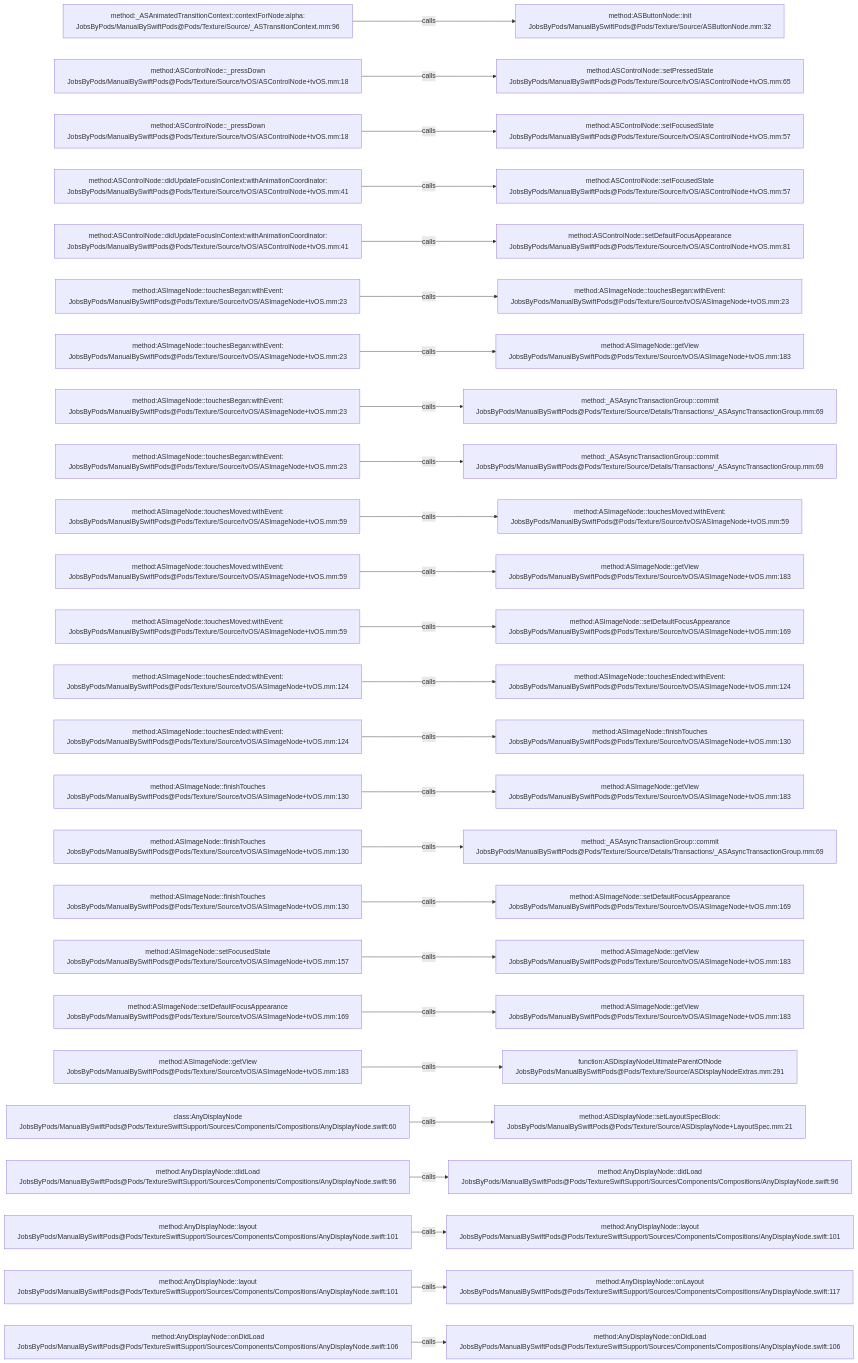
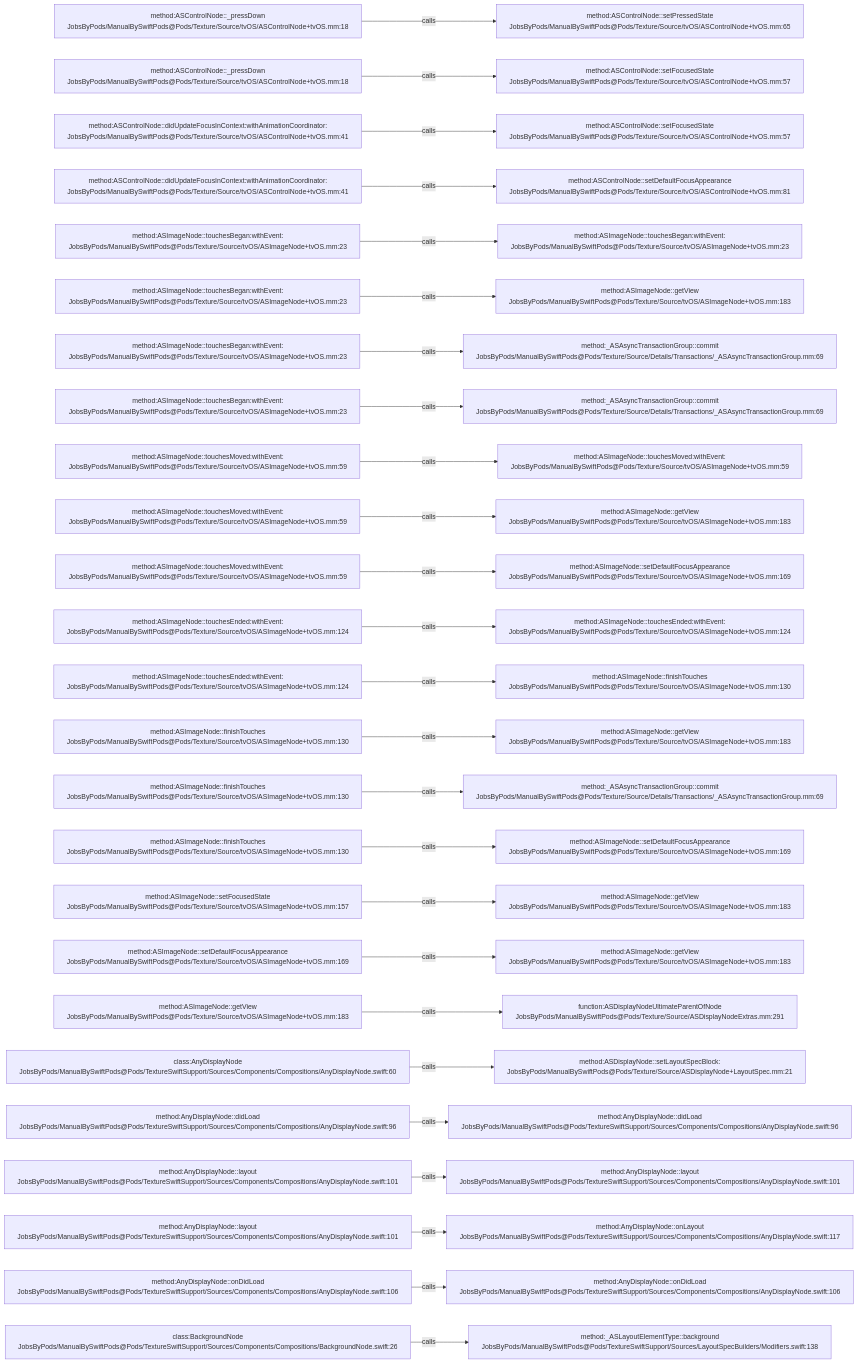
One commit to JobsKits/JobsSwiftBaseConfigDemo changed the diagram in .codegraph/codegraph.md/graphs/calls-152.md. Above: the diagram before and after it, drawn with Mermaid. The commit also changed 747 other files, not shown here.

````diff
--- a/.codegraph/codegraph.md/graphs/calls-152.md
+++ b/.codegraph/codegraph.md/graphs/calls-152.md
@@ -13,78 +13,78 @@
 ```mermaid
 flowchart LR
-  S1["method:_ASAnimatedTransitionContext::contextForNode:alpha:<br/>JobsByPods/ManualBySwiftPods@Pods/Texture/Source/_ASTransitionContext.mm:96"]
-  T1["method:ASButtonNode::init<br/>JobsByPods/ManualBySwiftPods@Pods/Texture/Source/ASButtonNode.mm:32"]
+  S1["method:ASControlNode::_pressDown<br/>JobsByPods/ManualBySwiftPods@Pods/Texture/Source/tvOS/ASControlNode+tvOS.mm:18"]
+  T1["method:ASControlNode::setPressedState<br/>JobsByPods/ManualBySwiftPods@Pods/Texture/Source/tvOS/ASControlNode+tvOS.mm:65"]
   S1 -->|calls| T1
   S2["method:ASControlNode::_pressDown<br/>JobsByPods/ManualBySwiftPods@Pods/Texture/Source/tvOS/ASControlNode+tvOS.mm:18"]
-  T2["method:ASControlNode::setPressedState<br/>JobsByPods/ManualBySwiftPods@Pods/Texture/Source/tvOS/ASControlNode+tvOS.mm:65"]
+  T2["method:ASControlNode::setFocusedState<br/>JobsByPods/ManualBySwiftPods@Pods/Texture/Source/tvOS/ASControlNode+tvOS.mm:57"]
   S2 -->|calls| T2
-  S3["method:ASControlNode::_pressDown<br/>JobsByPods/ManualBySwiftPods@Pods/Texture/Source/tvOS/ASControlNode+tvOS.mm:18"]
+  S3["method:ASControlNode::didUpdateFocusInContext:withAnimationCoordinator:<br/>JobsByPods/ManualBySwiftPods@Pods/Texture/Source/tvOS/ASControlNode+tvOS.mm:41"]
   T3["method:ASControlNode::setFocusedState<br/>JobsByPods/ManualBySwiftPods@Pods/Texture/Source/tvOS/ASControlNode+tvOS.mm:57"]
   S3 -->|calls| T3
   S4["method:ASControlNode::didUpdateFocusInContext:withAnimationCoordinator:<br/>JobsByPods/ManualBySwiftPods@Pods/Texture/Source/tvOS/ASControlNode+tvOS.mm:41"]
-  T4["method:ASControlNode::setFocusedState<br/>JobsByPods/ManualBySwiftPods@Pods/Texture/Source/tvOS/ASControlNode+tvOS.mm:57"]
+  T4["method:ASControlNode::setDefaultFocusAppearance<br/>JobsByPods/ManualBySwiftPods@Pods/Texture/Source/tvOS/ASControlNode+tvOS.mm:81"]
   S4 -->|calls| T4
-  S5["method:ASControlNode::didUpdateFocusInContext:withAnimationCoordinator:<br/>JobsByPods/ManualBySwiftPods@Pods/Texture/Source/tvOS/ASControlNode+tvOS.mm:41"]
-  T5["method:ASControlNode::setDefaultFocusAppearance<br/>JobsByPods/ManualBySwiftPods@Pods/Texture/Source/tvOS/ASControlNode+tvOS.mm:81"]
+  S5["method:ASImageNode::touchesBegan:withEvent:<br/>JobsByPods/ManualBySwiftPods@Pods/Texture/Source/tvOS/ASImageNode+tvOS.mm:23"]
+  T5["method:ASImageNode::touchesBegan:withEvent:<br/>JobsByPods/ManualBySwiftPods@Pods/Texture/Source/tvOS/ASImageNode+tvOS.mm:23"]
   S5 -->|calls| T5
   S6["method:ASImageNode::touchesBegan:withEvent:<br/>JobsByPods/ManualBySwiftPods@Pods/Texture/Source/tvOS/ASImageNode+tvOS.mm:23"]
-  T6["method:ASImageNode::touchesBegan:withEvent:<br/>JobsByPods/ManualBySwiftPods@Pods/Texture/Source/tvOS/ASImageNode+tvOS.mm:23"]
+  T6["method:ASImageNode::getView<br/>JobsByPods/ManualBySwiftPods@Pods/Texture/Source/tvOS/ASImageNode+tvOS.mm:183"]
   S6 -->|calls| T6
   S7["method:ASImageNode::touchesBegan:withEvent:<br/>JobsByPods/ManualBySwiftPods@Pods/Texture/Source/tvOS/ASImageNode+tvOS.mm:23"]
-  T7["method:ASImageNode::getView<br/>JobsByPods/ManualBySwiftPods@Pods/Texture/Source/tvOS/ASImageNode+tvOS.mm:183"]
+  T7["method:_ASAsyncTransactionGroup::commit<br/>JobsByPods/ManualBySwiftPods@Pods/Texture/Source/Details/Transactions/_ASAsyncTransactionGroup.mm:69"]
   S7 -->|calls| T7
   S8["method:ASImageNode::touchesBegan:withEvent:<br/>JobsByPods/ManualBySwiftPods@Pods/Texture/Source/tvOS/ASImageNode+tvOS.mm:23"]
   T8["method:_ASAsyncTransactionGroup::commit<br/>JobsByPods/ManualBySwiftPods@Pods/Texture/Source/Details/Transactions/_ASAsyncTransactionGroup.mm:69"]
   S8 -->|calls| T8
-  S9["method:ASImageNode::touchesBegan:withEvent:<br/>JobsByPods/ManualBySwiftPods@Pods/Texture/Source/tvOS/ASImageNode+tvOS.mm:23"]
-  T9["method:_ASAsyncTransactionGroup::commit<br/>JobsByPods/ManualBySwiftPods@Pods/Texture/Source/Details/Transactions/_ASAsyncTransactionGroup.mm:69"]
+  S9["method:ASImageNode::touchesMoved:withEvent:<br/>JobsByPods/ManualBySwiftPods@Pods/Texture/Source/tvOS/ASImageNode+tvOS.mm:59"]
+  T9["method:ASImageNode::touchesMoved:withEvent:<br/>JobsByPods/ManualBySwiftPods@Pods/Texture/Source/tvOS/ASImageNode+tvOS.mm:59"]
   S9 -->|calls| T9
   S10["method:ASImageNode::touchesMoved:withEvent:<br/>JobsByPods/ManualBySwiftPods@Pods/Texture/Source/tvOS/ASImageNode+tvOS.mm:59"]
-  T10["method:ASImageNode::touchesMoved:withEvent:<br/>JobsByPods/ManualBySwiftPods@Pods/Texture/Source/tvOS/ASImageNode+tvOS.mm:59"]
+  T10["method:ASImageNode::getView<br/>JobsByPods/ManualBySwiftPods@Pods/Texture/Source/tvOS/ASImageNode+tvOS.mm:183"]
   S10 -->|calls| T10
   S11["method:ASImageNode::touchesMoved:withEvent:<br/>JobsByPods/ManualBySwiftPods@Pods/Texture/Source/tvOS/ASImageNode+tvOS.mm:59"]
-  T11["method:ASImageNode::getView<br/>JobsByPods/ManualBySwiftPods@Pods/Texture/Source/tvOS/ASImageNode+tvOS.mm:183"]
+  T11["method:ASImageNode::setDefaultFocusAppearance<br/>JobsByPods/ManualBySwiftPods@Pods/Texture/Source/tvOS/ASImageNode+tvOS.mm:169"]
   S11 -->|calls| T11
-  S12["method:ASImageNode::touchesMoved:withEvent:<br/>JobsByPods/ManualBySwiftPods@Pods/Texture/Source/tvOS/ASImageNode+tvOS.mm:59"]
-  T12["method:ASImageNode::setDefaultFocusAppearance<br/>JobsByPods/ManualBySwiftPods@Pods/Texture/Source/tvOS/ASImageNode+tvOS.mm:169"]
+  S12["method:ASImageNode::touchesEnded:withEvent:<br/>JobsByPods/ManualBySwiftPods@Pods/Texture/Source/tvOS/ASImageNode+tvOS.mm:124"]
+  T12["method:ASImageNode::touchesEnded:withEvent:<br/>JobsByPods/ManualBySwiftPods@Pods/Texture/Source/tvOS/ASImageNode+tvOS.mm:124"]
   S12 -->|calls| T12
   S13["method:ASImageNode::touchesEnded:withEvent:<br/>JobsByPods/ManualBySwiftPods@Pods/Texture/Source/tvOS/ASImageNode+tvOS.mm:124"]
-  T13["method:ASImageNode::touchesEnded:withEvent:<br/>JobsByPods/ManualBySwiftPods@Pods/Texture/Source/tvOS/ASImageNode+tvOS.mm:124"]
+  T13["method:ASImageNode::finishTouches<br/>JobsByPods/ManualBySwiftPods@Pods/Texture/Source/tvOS/ASImageNode+tvOS.mm:130"]
   S13 -->|calls| T13
-  S14["method:ASImageNode::touchesEnded:withEvent:<br/>JobsByPods/ManualBySwiftPods@Pods/Texture/Source/tvOS/ASImageNode+tvOS.mm:124"]
-  T14["method:ASImageNode::finishTouches<br/>JobsByPods/ManualBySwiftPods@Pods/Texture/Source/tvOS/ASImageNode+tvOS.mm:130"]
+  S14["method:ASImageNode::finishTouches<br/>JobsByPods/ManualBySwiftPods@Pods/Texture/Source/tvOS/ASImageNode+tvOS.mm:130"]
+  T14["method:ASImageNode::getView<br/>JobsByPods/ManualBySwiftPods@Pods/Texture/Source/tvOS/ASImageNode+tvOS.mm:183"]
   S14 -->|calls| T14
   S15["method:ASImageNode::finishTouches<br/>JobsByPods/ManualBySwiftPods@Pods/Texture/Source/tvOS/ASImageNode+tvOS.mm:130"]
-  T15["method:ASImageNode::getView<br/>JobsByPods/ManualBySwiftPods@Pods/Texture/Source/tvOS/ASImageNode+tvOS.mm:183"]
+  T15["method:_ASAsyncTransactionGroup::commit<br/>JobsByPods/ManualBySwiftPods@Pods/Texture/Source/Details/Transactions/_ASAsyncTransactionGroup.mm:69"]
   S15 -->|calls| T15
   S16["method:ASImageNode::finishTouches<br/>JobsByPods/ManualBySwiftPods@Pods/Texture/Source/tvOS/ASImageNode+tvOS.mm:130"]
-  T16["method:_ASAsyncTransactionGroup::commit<br/>JobsByPods/ManualBySwiftPods@Pods/Texture/Source/Details/Transactions/_ASAsyncTransactionGroup.mm:69"]
+  T16["method:ASImageNode::setDefaultFocusAppearance<br/>JobsByPods/ManualBySwiftPods@Pods/Texture/Source/tvOS/ASImageNode+tvOS.mm:169"]
   S16 -->|calls| T16
-  S17["method:ASImageNode::finishTouches<br/>JobsByPods/ManualBySwiftPods@Pods/Texture/Source/tvOS/ASImageNode+tvOS.mm:130"]
-  T17["method:ASImageNode::setDefaultFocusAppearance<br/>JobsByPods/ManualBySwiftPods@Pods/Texture/Source/tvOS/ASImageNode+tvOS.mm:169"]
+  S17["method:ASImageNode::setFocusedState<br/>JobsByPods/ManualBySwiftPods@Pods/Texture/Source/tvOS/ASImageNode+tvOS.mm:157"]
+  T17["method:ASImageNode::getView<br/>JobsByPods/ManualBySwiftPods@Pods/Texture/Source/tvOS/ASImageNode+tvOS.mm:183"]
   S17 -->|calls| T17
-  S18["method:ASImageNode::setFocusedState<br/>JobsByPods/ManualBySwiftPods@Pods/Texture/Source/tvOS/ASImageNode+tvOS.mm:157"]
+  S18["method:ASImageNode::setDefaultFocusAppearance<br/>JobsByPods/ManualBySwiftPods@Pods/Texture/Source/tvOS/ASImageNode+tvOS.mm:169"]
   T18["method:ASImageNode::getView<br/>JobsByPods/ManualBySwiftPods@Pods/Texture/Source/tvOS/ASImageNode+tvOS.mm:183"]
   S18 -->|calls| T18
-  S19["method:ASImageNode::setDefaultFocusAppearance<br/>JobsByPods/ManualBySwiftPods@Pods/Texture/Source/tvOS/ASImageNode+tvOS.mm:169"]
-  T19["method:ASImageNode::getView<br/>JobsByPods/ManualBySwiftPods@Pods/Texture/Source/tvOS/ASImageNode+tvOS.mm:183"]
+  S19["method:ASImageNode::getView<br/>JobsByPods/ManualBySwiftPods@Pods/Texture/Source/tvOS/ASImageNode+tvOS.mm:183"]
+  T19["function:ASDisplayNodeUltimateParentOfNode<br/>JobsByPods/ManualBySwiftPods@Pods/Texture/Source/ASDisplayNodeExtras.mm:291"]
   S19 -->|calls| T19
-  S20["method:ASImageNode::getView<br/>JobsByPods/ManualBySwiftPods@Pods/Texture/Source/tvOS/ASImageNode+tvOS.mm:183"]
-  T20["function:ASDisplayNodeUltimateParentOfNode<br/>JobsByPods/ManualBySwiftPods@Pods/Texture/Source/ASDisplayNodeExtras.mm:291"]
+  S20["class:AnyDisplayNode<br/>JobsByPods/ManualBySwiftPods@Pods/TextureSwiftSupport/Sources/Components/Compositions/AnyDisplayNode.swift:60"]
+  T20["method:ASDisplayNode::setLayoutSpecBlock:<br/>JobsByPods/ManualBySwiftPods@Pods/Texture/Source/ASDisplayNode+LayoutSpec.mm:21"]
   S20 -->|calls| T20
-  S21["class:AnyDisplayNode<br/>JobsByPods/ManualBySwiftPods@Pods/TextureSwiftSupport/Sources/Components/Compositions/AnyDisplayNode.swift:60"]
-  T21["method:ASDisplayNode::setLayoutSpecBlock:<br/>JobsByPods/ManualBySwiftPods@Pods/Texture/Source/ASDisplayNode+LayoutSpec.mm:21"]
+  S21["method:AnyDisplayNode::didLoad<br/>JobsByPods/ManualBySwiftPods@Pods/TextureSwiftSupport/Sources/Components/Compositions/AnyDisplayNode.swift:96"]
+  T21["method:AnyDisplayNode::didLoad<br/>JobsByPods/ManualBySwiftPods@Pods/TextureSwiftSupport/Sources/Components/Compositions/AnyDisplayNode.swift:96"]
   S21 -->|calls| T21
-  S22["method:AnyDisplayNode::didLoad<br/>JobsByPods/ManualBySwiftPods@Pods/TextureSwiftSupport/Sources/Components/Compositions/AnyDisplayNode.swift:96"]
-  T22["method:AnyDisplayNode::didLoad<br/>JobsByPods/ManualBySwiftPods@Pods/TextureSwiftSupport/Sources/Components/Compositions/AnyDisplayNode.swift:96"]
+  S22["method:AnyDisplayNode::layout<br/>JobsByPods/ManualBySwiftPods@Pods/TextureSwiftSupport/Sources/Components/Compositions/AnyDisplayNode.swift:101"]
+  T22["method:AnyDisplayNode::layout<br/>JobsByPods/ManualBySwiftPods@Pods/TextureSwiftSupport/Sources/Components/Compositions/AnyDisplayNode.swift:101"]
   S22 -->|calls| T22
   S23["method:AnyDisplayNode::layout<br/>JobsByPods/ManualBySwiftPods@Pods/TextureSwiftSupport/Sources/Components/Compositions/AnyDisplayNode.swift:101"]
-  T23["method:AnyDisplayNode::layout<br/>JobsByPods/ManualBySwiftPods@Pods/TextureSwiftSupport/Sources/Components/Compositions/AnyDisplayNode.swift:101"]
+  T23["method:AnyDisplayNode::onLayout<br/>JobsByPods/ManualBySwiftPods@Pods/TextureSwiftSupport/Sources/Components/Compositions/AnyDisplayNode.swift:117"]
   S23 -->|calls| T23
-  S24["method:AnyDisplayNode::layout<br/>JobsByPods/ManualBySwiftPods@Pods/TextureSwiftSupport/Sources/Components/Compositions/AnyDisplayNode.swift:101"]
-  T24["method:AnyDisplayNode::onLayout<br/>JobsByPods/ManualBySwiftPods@Pods/TextureSwiftSupport/Sources/Components/Compositions/AnyDisplayNode.swift:117"]
+  S24["method:AnyDisplayNode::onDidLoad<br/>JobsByPods/ManualBySwiftPods@Pods/TextureSwiftSupport/Sources/Components/Compositions/AnyDisplayNode.swift:106"]
+  T24["method:AnyDisplayNode::onDidLoad<br/>JobsByPods/ManualBySwiftPods@Pods/TextureSwiftSupport/Sources/Components/Compositions/AnyDisplayNode.swift:106"]
   S24 -->|calls| T24
-  S25["method:AnyDisplayNode::onDidLoad<br/>JobsByPods/ManualBySwiftPods@Pods/TextureSwiftSupport/Sources/Components/Compositions/AnyDisplayNode.swift:106"]
-  T25["method:AnyDisplayNode::onDidLoad<br/>JobsByPods/ManualBySwiftPods@Pods/TextureSwiftSupport/Sources/Components/Compositions/AnyDisplayNode.swift:106"]
+  S25["class:BackgroundNode<br/>JobsByPods/ManualBySwiftPods@Pods/TextureSwiftSupport/Sources/Components/Compositions/BackgroundNode.swift:26"]
+  T25["method:_ASLayoutElementType::background<br/>JobsByPods/ManualBySwiftPods@Pods/TextureSwiftSupport/Sources/LayoutSpecBuilders/Modifiers.swift:138"]
   S25 -->|calls| T25
 ```
````
